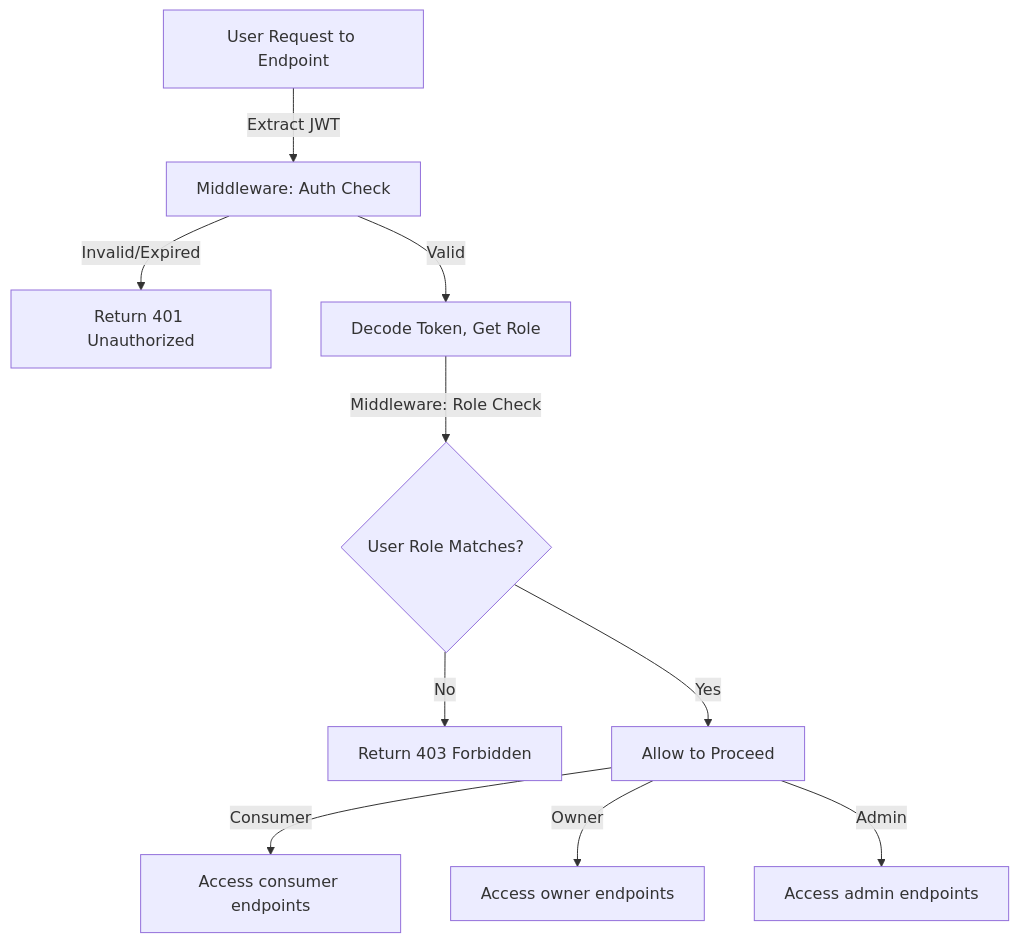
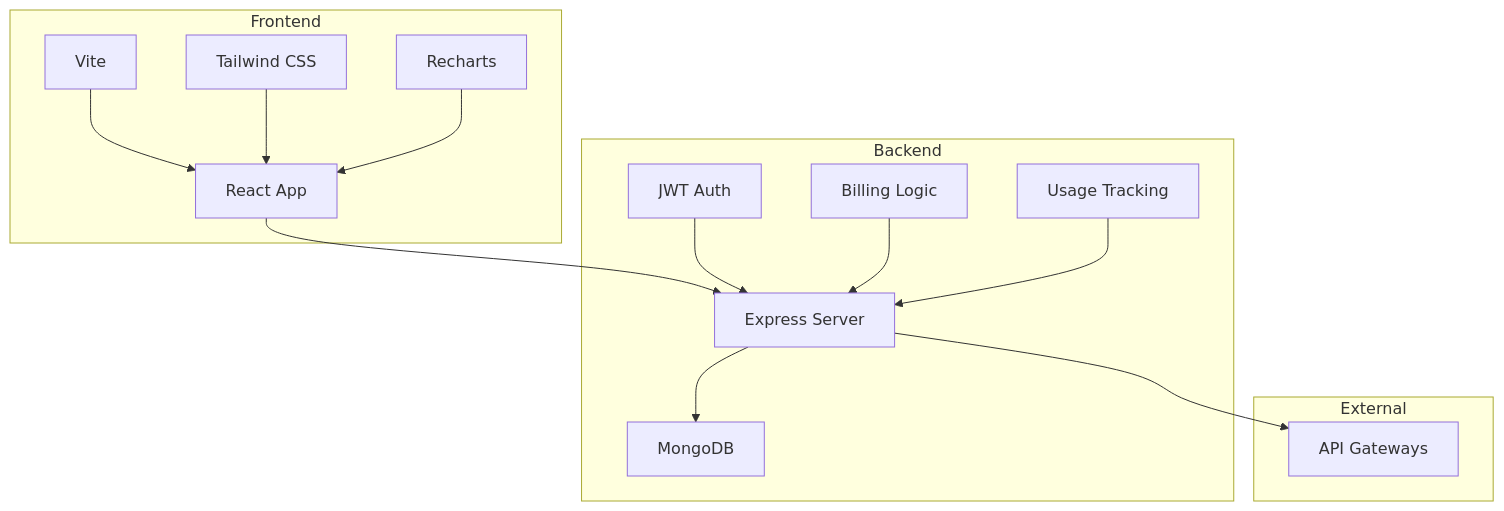
The second of 2 diagrams in README.md (sai-teja-chary/UsageFlow), drawn with Mermaid before and after one commit. The commit also changed other lines of this file and 65 other files, not shown here.

````diff
--- a/README.md
+++ b/README.md
@@ -237,12 +142,28 @@
 ```mermaid
-flowchart TD
-    A[User Request to Endpoint] -->|Extract JWT| B[Middleware: Auth Check]
-    B -->|Invalid/Expired| C[Return 401 Unauthorized]
-    B -->|Valid| D[Decode Token, Get Role]
-    D -->|Middleware: Role Check| E{User Role Matches?}
-    E -->|No| F[Return 403 Forbidden]
-    E -->|Yes| G[Allow to Proceed]
-    G -->|Consumer| H[Access consumer endpoints]
-    G -->|Owner| I[Access owner endpoints]
-    G -->|Admin| J[Access admin endpoints]
+graph TB
+    subgraph Frontend
+        A[React App]
+        B[Vite]
+        C[Tailwind CSS]
+        D[Recharts]
+    end
+    subgraph Backend
+        E[Express Server]
+        F[MongoDB]
+        G[JWT Auth]
+        H[Billing Logic]
+        I[Usage Tracking]
+    end
+    subgraph External
+        J[API Gateways]
+    end
+    A --> E
+    E --> F
+    E --> J
+    B --> A
+    C --> A
+    D --> A
+    G --> E
+    H --> E
+    I --> E
 ```
````
